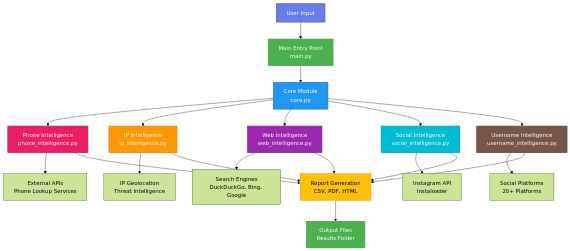
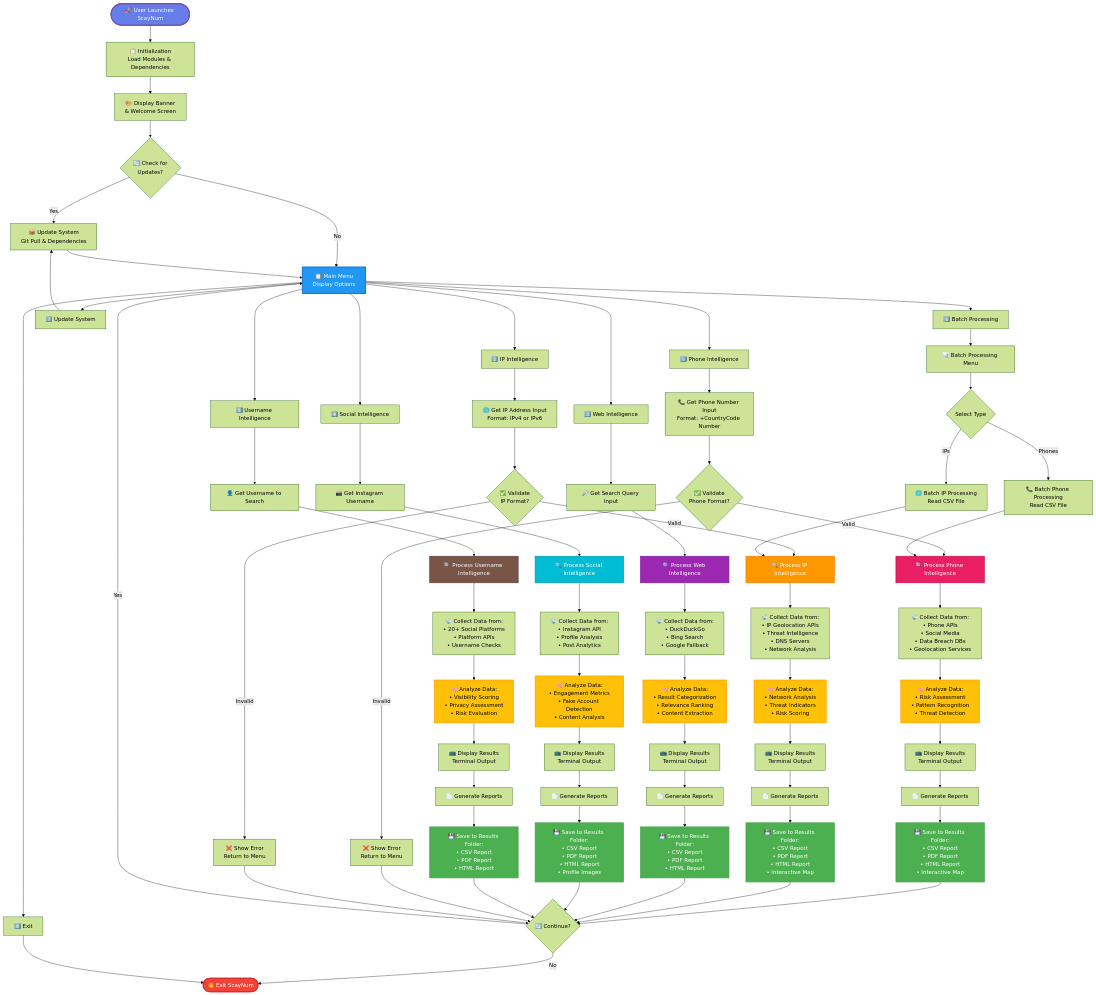
Before and after one commit to Scayar/ScayNum: the first of 4 diagrams in README.md, drawn with Mermaid (forest theme). The commit also changed other lines of this file, not shown here.

Commit message:
âœ¨ Added comprehensive modern diagrams showing complete workflow

````diff
--- a/README.md
+++ b/README.md
@@ -47,36 +47,107 @@
 ```mermaid
-graph TB
-    A[User Input] --> B[Main Entry Point<br/>main.py]
-    B --> C[Core Module<br/>core.py]
+flowchart TD
+    Start([🚀 User Launches ScayNum]) --> Init[📋 Initialization<br/>Load Modules & Dependencies]
+    Init --> Banner[🎨 Display Banner<br/>& Welcome Screen]
+    Banner --> UpdateCheck{🔄 Check for<br/>Updates?}
     
-    C --> D[Phone Intelligence<br/>phone_intelligence.py]
-    C --> E[IP Intelligence<br/>ip_intelligence.py]
-    C --> F[Web Intelligence<br/>web_intelligence.py]
-    C --> G[Social Intelligence<br/>social_intelligence.py]
-    C --> H[Username Intelligence<br/>username_intelligence.py]
+    UpdateCheck -->|Yes| Update[📦 Update System<br/>Git Pull & Dependencies]
+    UpdateCheck -->|No| Menu
+    Update --> Menu[📋 Main Menu<br/>Display Options]
     
-    D --> I[External APIs<br/>Phone Lookup Services]
-    E --> J[IP Geolocation<br/>Threat Intelligence]
-    F --> K[Search Engines<br/>DuckDuckGo, Bing, Google]
-    G --> L[Instagram API<br/>Instaloader]
-    H --> M[Social Platforms<br/>20+ Platforms]
+    Menu --> Option1[1️⃣ Phone Intelligence]
+    Menu --> Option2[2️⃣ IP Intelligence]
+    Menu --> Option3[3️⃣ Web Intelligence]
+    Menu --> Option4[4️⃣ Social Intelligence]
+    Menu --> Option5[5️⃣ Username Intelligence]
+    Menu --> Option6[6️⃣ Batch Processing]
+    Menu --> Option7[7️⃣ Update System]
+    Menu --> Option8[8️⃣ Exit]
     
-    D --> N[Report Generation<br/>CSV, PDF, HTML]
-    E --> N
-    F --> N
-    G --> N
-    H --> N
+    Option1 --> Input1[📞 Get Phone Number Input<br/>Format: +CountryCode Number]
+    Input1 --> Validate1{✅ Validate<br/>Phone Format?}
+    Validate1 -->|Invalid| Error1[❌ Show Error<br/>Return to Menu]
+    Validate1 -->|Valid| Process1[🔍 Process Phone Intelligence]
     
-    N --> O[Output Files<br/>Results Folder]
+    Option2 --> Input2[🌐 Get IP Address Input<br/>Format: IPv4 or IPv6]
+    Input2 --> Validate2{✅ Validate<br/>IP Format?}
+    Validate2 -->|Invalid| Error2[❌ Show Error<br/>Return to Menu]
+    Validate2 -->|Valid| Process2[🔍 Process IP Intelligence]
     
-    style A fill:#667eea,stroke:#764ba2,stroke-width:2px,color:#fff
-    style B fill:#4CAF50,stroke:#45a049,stroke-width:2px,color:#fff
-    style C fill:#2196F3,stroke:#1976D2,stroke-width:2px,color:#fff
-    style D fill:#E91E63,stroke:#C2185B,stroke-width:2px,color:#fff
-    style E fill:#FF9800,stroke:#F57C00,stroke-width:2px,color:#fff
-    style F fill:#9C27B0,stroke:#7B1FA2,stroke-width:2px,color:#fff
-    style G fill:#00BCD4,stroke:#0097A7,stroke-width:2px,color:#fff
-    style H fill:#795548,stroke:#5D4037,stroke-width:2px,color:#fff
-    style N fill:#FFC107,stroke:#FFA000,stroke-width:2px,color:#000
-    style O fill:#4CAF50,stroke:#45a049,stroke-width:2px,color:#fff
+    Option3 --> Input3[🔎 Get Search Query Input]
+    Input3 --> Process3[🔍 Process Web Intelligence]
+    
+    Option4 --> Input4[📸 Get Instagram Username]
+    Input4 --> Process4[🔍 Process Social Intelligence]
+    
+    Option5 --> Input5[👤 Get Username to Search]
+    Input5 --> Process5[🔍 Process Username Intelligence]
+    
+    Option6 --> BatchMenu[📊 Batch Processing Menu]
+    BatchMenu --> BatchType{Select Type}
+    BatchType -->|Phones| Batch1[📞 Batch Phone Processing<br/>Read CSV File]
+    BatchType -->|IPs| Batch2[🌐 Batch IP Processing<br/>Read CSV File]
+    Batch1 --> Process1
+    Batch2 --> Process2
+    
+    Process1 --> Collect1[📡 Collect Data from:<br/>• Phone APIs<br/>• Social Media<br/>• Data Breach DBs<br/>• Geolocation Services]
+    Process2 --> Collect2[📡 Collect Data from:<br/>• IP Geolocation APIs<br/>• Threat Intelligence<br/>• DNS Servers<br/>• Network Analysis]
+    Process3 --> Collect3[📡 Collect Data from:<br/>• DuckDuckGo<br/>• Bing Search<br/>• Google Fallback]
+    Process4 --> Collect4[📡 Collect Data from:<br/>• Instagram API<br/>• Profile Analysis<br/>• Post Analytics]
+    Process5 --> Collect5[📡 Collect Data from:<br/>• 20+ Social Platforms<br/>• Platform APIs<br/>• Username Checks]
+    
+    Collect1 --> Analyze1[🧠 Analyze Data:<br/>• Risk Assessment<br/>• Pattern Recognition<br/>• Threat Detection]
+    Collect2 --> Analyze2[🧠 Analyze Data:<br/>• Network Analysis<br/>• Threat Indicators<br/>• Risk Scoring]
+    Collect3 --> Analyze3[🧠 Analyze Data:<br/>• Result Categorization<br/>• Relevance Ranking<br/>• Content Extraction]
+    Collect4 --> Analyze4[🧠 Analyze Data:<br/>• Engagement Metrics<br/>• Fake Account Detection<br/>• Content Analysis]
+    Collect5 --> Analyze5[🧠 Analyze Data:<br/>• Visibility Scoring<br/>• Privacy Assessment<br/>• Risk Evaluation]
+    
+    Analyze1 --> Display1[📺 Display Results<br/>Terminal Output]
+    Analyze2 --> Display2[📺 Display Results<br/>Terminal Output]
+    Analyze3 --> Display3[📺 Display Results<br/>Terminal Output]
+    Analyze4 --> Display4[📺 Display Results<br/>Terminal Output]
+    Analyze5 --> Display5[📺 Display Results<br/>Terminal Output]
+    
+    Display1 --> Report1[📄 Generate Reports]
+    Display2 --> Report2[📄 Generate Reports]
+    Display3 --> Report3[📄 Generate Reports]
+    Display4 --> Report4[📄 Generate Reports]
+    Display5 --> Report5[📄 Generate Reports]
+    
+    Report1 --> Save1[💾 Save to Results Folder:<br/>• CSV Report<br/>• PDF Report<br/>• HTML Report<br/>• Interactive Map]
+    Report2 --> Save2[💾 Save to Results Folder:<br/>• CSV Report<br/>• PDF Report<br/>• HTML Report<br/>• Interactive Map]
+    Report3 --> Save3[💾 Save to Results Folder:<br/>• CSV Report<br/>• PDF Report<br/>• HTML Report]
+    Report4 --> Save4[💾 Save to Results Folder:<br/>• CSV Report<br/>• PDF Report<br/>• HTML Report<br/>• Profile Images]
+    Report5 --> Save5[💾 Save to Results Folder:<br/>• CSV Report<br/>• PDF Report<br/>• HTML Report]
+    
+    Save1 --> Continue{🔄 Continue?}
+    Save2 --> Continue
+    Save3 --> Continue
+    Save4 --> Continue
+    Save5 --> Continue
+    Error1 --> Continue
+    Error2 --> Continue
+    
+    Continue -->|Yes| Menu
+    Continue -->|No| End([👋 Exit ScayNum])
+    Option7 --> Update
+    Option8 --> End
+    
+    style Start fill:#667eea,stroke:#764ba2,stroke-width:3px,color:#fff
+    style Menu fill:#2196F3,stroke:#1976D2,stroke-width:3px,color:#fff
+    style Process1 fill:#E91E63,stroke:#C2185B,stroke-width:2px,color:#fff
+    style Process2 fill:#FF9800,stroke:#F57C00,stroke-width:2px,color:#fff
+    style Process3 fill:#9C27B0,stroke:#7B1FA2,stroke-width:2px,color:#fff
+    style Process4 fill:#00BCD4,stroke:#0097A7,stroke-width:2px,color:#fff
+    style Process5 fill:#795548,stroke:#5D4037,stroke-width:2px,color:#fff
+    style Analyze1 fill:#FFC107,stroke:#FFA000,stroke-width:2px,color:#000
+    style Analyze2 fill:#FFC107,stroke:#FFA000,stroke-width:2px,color:#000
+    style Analyze3 fill:#FFC107,stroke:#FFA000,stroke-width:2px,color:#000
+    style Analyze4 fill:#FFC107,stroke:#FFA000,stroke-width:2px,color:#000
+    style Analyze5 fill:#FFC107,stroke:#FFA000,stroke-width:2px,color:#000
+    style Save1 fill:#4CAF50,stroke:#45a049,stroke-width:2px,color:#fff
+    style Save2 fill:#4CAF50,stroke:#45a049,stroke-width:2px,color:#fff
+    style Save3 fill:#4CAF50,stroke:#45a049,stroke-width:2px,color:#fff
+    style Save4 fill:#4CAF50,stroke:#45a049,stroke-width:2px,color:#fff
+    style Save5 fill:#4CAF50,stroke:#45a049,stroke-width:2px,color:#fff
+    style End fill:#f44336,stroke:#d32f2f,stroke-width:3px,color:#fff
 ```
````
